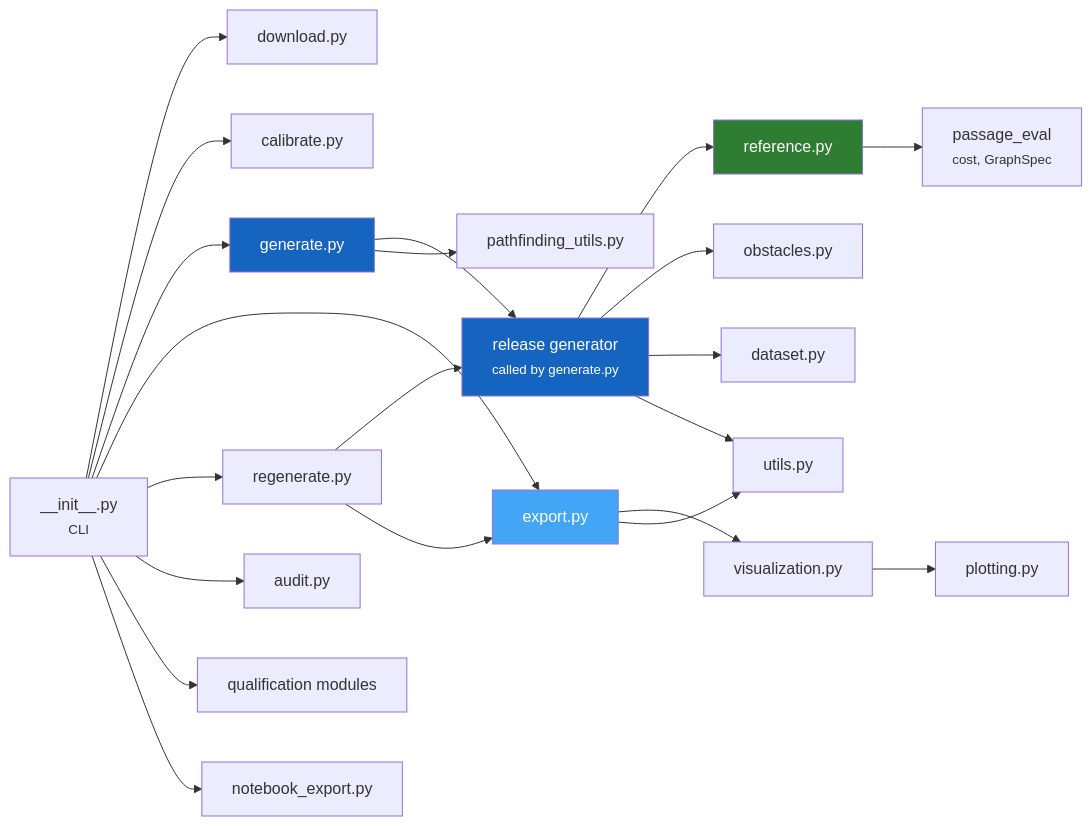
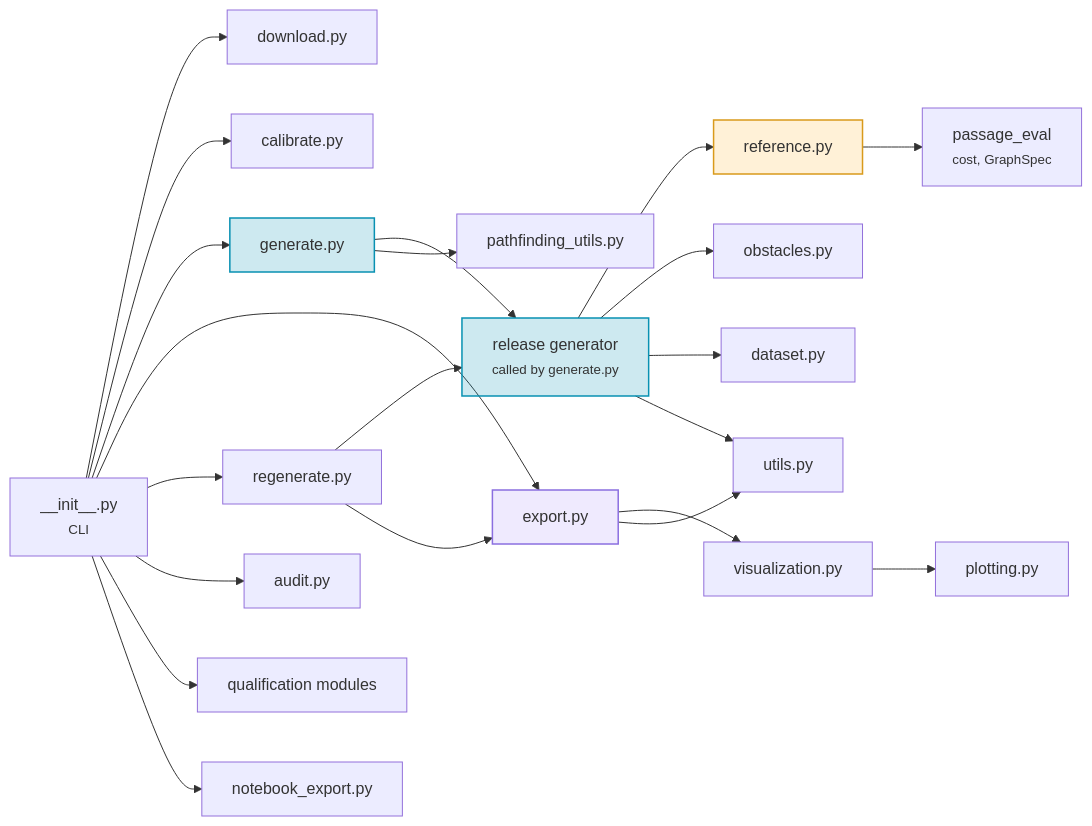
One commit to ThalesGroup/passage changed the diagram in docs/architecture/modules.md. Above: the diagram before and after it, drawn with Mermaid. The commit also changed 10 other files, not shown here.

First line of the commit message:
Docs: alpine dusk palette, zoomable Mermaid diagrams in site colours

````diff
--- a/docs/architecture/modules.md
+++ b/docs/architecture/modules.md
@@ -13,29 +13,29 @@
 ```mermaid
 graph LR
     INIT["__init__.py<br><small>CLI</small>"] --> DL["download.py"]
     INIT --> CAL["calibrate.py"]
     INIT --> GEN["generate.py"]
     INIT --> EXP["export.py"]
     INIT --> REG["regenerate.py"]
     INIT --> AUD["audit.py"]
     INIT --> QUA["qualification modules"]
     INIT --> NBX["notebook_export.py"]
 
     GEN --> RG["release generator<br><small>called by generate.py</small>"]
     REG --> RG
     REG --> EXP
     RG --> REF["reference.py"]
     RG --> OBS["obstacles.py"]
     RG --> DS["dataset.py"]
     RG --> UTL["utils.py"]
     GEN --> PF["pathfinding_utils.py"]
     EXP --> VIZ["visualization.py"]
     VIZ --> PLT["plotting.py"]
     EXP --> UTL
     REF --> PE["passage_eval<br><small>cost, GraphSpec</small>"]
 
-    style GEN fill:#1565C0,color:#fff
-    style RG fill:#1565C0,color:#fff
-    style REF fill:#2E7D32,color:#fff
-    style EXP fill:#42A5F5,color:#fff
+    style GEN fill:#0891b233,stroke:#0891b2,stroke-width:1.5px
+    style RG fill:#0891b233,stroke:#0891b2,stroke-width:1.5px
+    style REF fill:#ffb93833,stroke:#d99a1b,stroke-width:1.5px
+    style EXP fill:#a78bfa2e,stroke:#8b6fe0,stroke-width:1.5px
 ```
````
